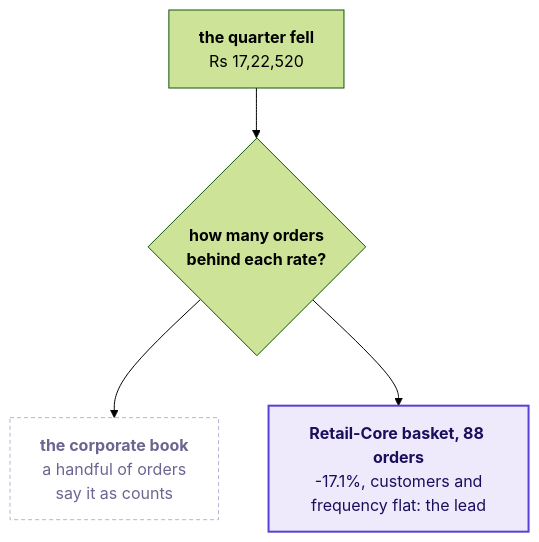
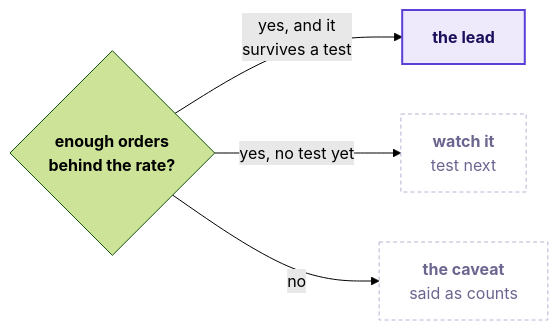
One commit to fde-academy-lab/c2-content-factory changed diagram 11 of 12 in content/W01/D5/slides/C2_W01_D05_debrief_STUDENT.md. Above: the diagram before and after it, drawn with Mermaid (forest theme). The commit also changed other lines of this file and 5 other files, not shown here.

````diff
--- a/content/W01/D5/slides/C2_W01_D05_debrief_STUDENT.md
+++ b/content/W01/D5/slides/C2_W01_D05_debrief_STUDENT.md
@@ -522,10 +809,10 @@
 ```mermaid
-flowchart TB
-    T["<b>the quarter fell</b><br/>Rs 17,22,520"] --> Q{"<b>how many orders<br/>behind each rate?</b>"}
-    Q --> B["<b>the corporate book</b><br/>a handful of orders<br/>say it as counts"]
-    Q --> C["<b>Retail-Core basket, 88 orders</b><br/>-17.1%, customers and<br/>frequency flat: the lead"]
+flowchart LR
+    Q{"<b>enough orders<br/>behind the rate?</b>"} -->|"yes, and it<br/>survives a test"| L["<b>the lead</b>"]
+    Q -->|"yes, no test yet"| W["<b>watch it</b><br/>test next"]
+    Q -->|"no"| C["<b>the caveat</b><br/>said as counts"]
     classDef known fill:#EEEAFB,stroke:#5B3FD6,color:#1A0F5C,stroke-width:2px
     classDef unknown fill:#FFFFFF,stroke:#B8B2D6,color:#6B6690,stroke-dasharray:4 3
-    class C known
-    class B unknown
+    class L known
+    class W,C unknown
 ```
````
